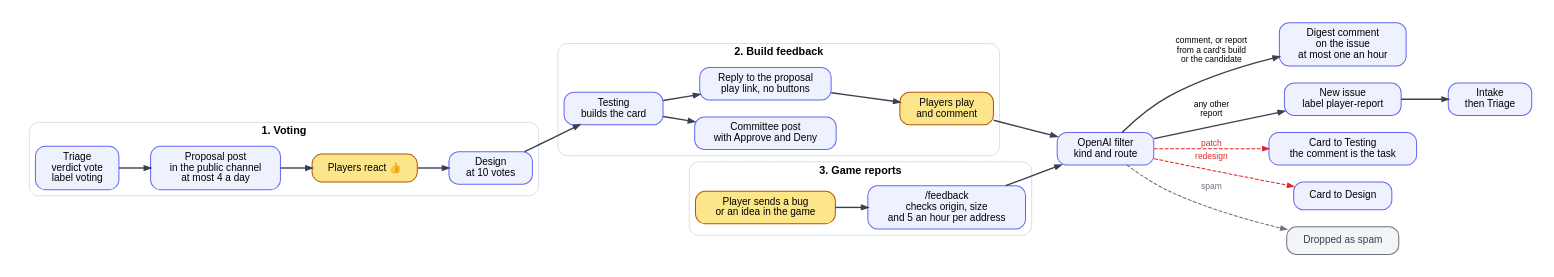
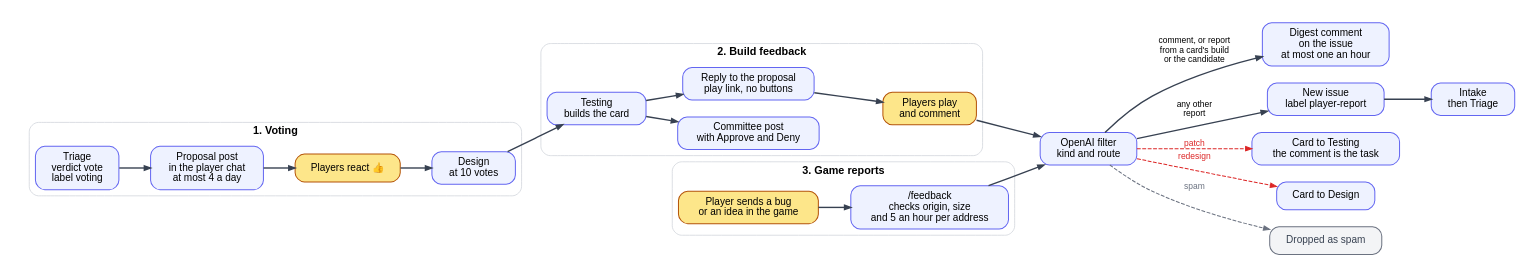
Before and after one commit to ROAM-game-org/road-machiners: the diagram in factory/docs/diagrams/public.dot, drawn with Graphviz. The commit also changed 7 other files, not shown here.

Commit message:
Proposals go to the player chat, the channel keeps only releases, and a reply to a player comment joins that comment's issue

```diff
--- a/factory/docs/diagrams/public.dot
+++ b/factory/docs/diagrams/public.dot
@@ -1,54 +1,54 @@
 // Public inputs: voting, build feedback and game reports. Black: normal path. Red: loops back. Grey: leaves the flow. Yellow: waits for people.
 digraph public {
   rankdir=LR; nodesep=0.3; ranksep=0.55; bgcolor=white; pad=0.3; newrank=true;
   node [shape=box, style="rounded,filled", fillcolor="#eef2ff", color="#6366f1", fontname="Helvetica", fontsize=13, margin="0.2,0.1", penwidth=1.3, width=1.5];
   edge [color="#374151", penwidth=1.8, arrowsize=0.8, fontname="Helvetica", fontsize=11];
 
   subgraph cluster_vote {
     label="1. Voting"; fontname="Helvetica-Bold"; fontsize=14; color="#d1d5db"; style=rounded;
     triage [label="Triage\nverdict vote\nlabel voting"];
-    proposal [label="Proposal post\nin the public channel\nat most 4 a day"];
+    proposal [label="Proposal post\nin the player chat\nat most 4 a day"];
     votes [label="Players react 👍", fillcolor="#fde68a", color="#b45309"];
     design [label="Design\nat 10 votes"];
     triage -> proposal -> votes -> design;
   }
 
   subgraph cluster_build {
     label="2. Build feedback"; fontname="Helvetica-Bold"; fontsize=14; color="#d1d5db"; style=rounded;
     testing [label="Testing\nbuilds the card"];
     committeePost [label="Committee post\nwith Approve and Deny"];
     reply [label="Reply to the proposal\nplay link, no buttons"];
     comment [label="Players play\nand comment", fillcolor="#fde68a", color="#b45309"];
     testing -> committeePost;
     testing -> reply -> comment;
   }
 
   subgraph cluster_report {
     label="3. Game reports"; fontname="Helvetica-Bold"; fontsize=14; color="#d1d5db"; style=rounded;
     form [label="Player sends a bug\nor an idea in the game", fillcolor="#fde68a", color="#b45309"];
     feedback [label="/feedback\nchecks origin, size\nand 5 an hour per address"];
     form -> feedback;
   }
 
   filter [label="OpenAI filter\nkind and route"];
   digest [label="Digest comment\non the issue\nat most one an hour"];
   newIssue [label="New issue\nlabel player-report"];
   intake [label="Intake\nthen Triage"];
   patch [label="Card to Testing\nthe comment is the task"];
   redesign [label="Card to Design"];
   rejected [label="Dropped as spam", fillcolor="#f3f4f6", color="#6b7280", fontcolor="#374151"];
 
   design -> testing [weight=0];
   comment -> filter;
   feedback -> filter;
   filter -> digest [label="comment, or report\nfrom a card's build\nor the candidate"];
   filter -> newIssue [label="any other\nreport"];
   newIssue -> intake;
 
   edge [color="#dc2626", fontcolor="#dc2626", style=dashed, penwidth=1.3];
   filter -> patch [label="patch"];
   filter -> redesign [label="redesign"];
 
   edge [color="#6b7280", fontcolor="#6b7280", style=dashed, penwidth=1.3];
   filter -> rejected [label="spam"];
 }
```
